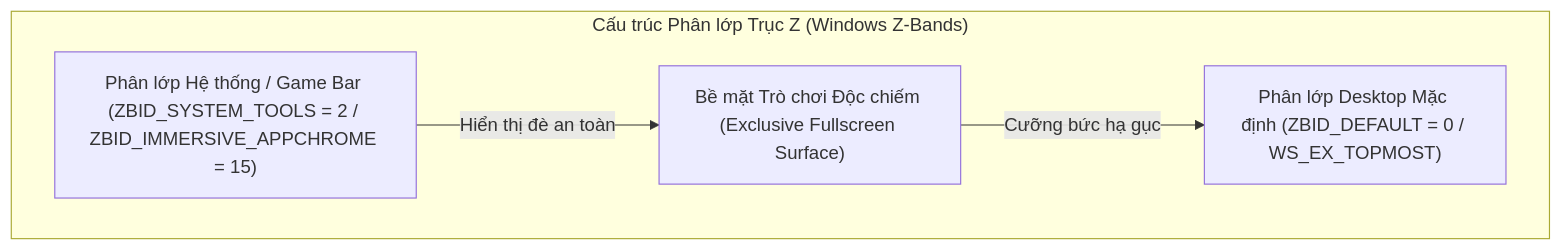
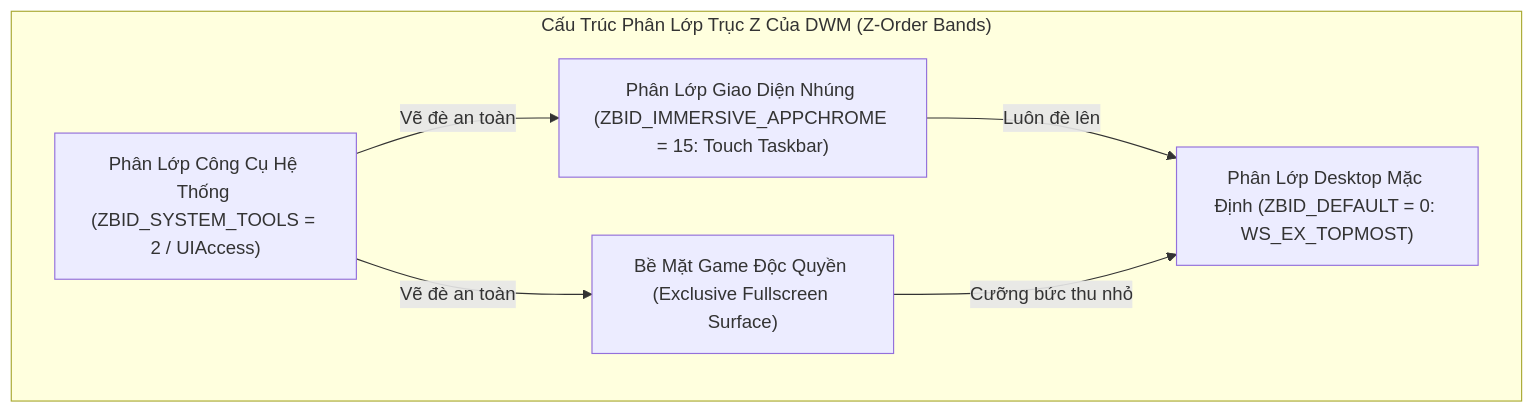
Before and after one commit to minhtaama/windows-handheld-tool: the diagram in note.md, drawn with Mermaid. The commit also changed other lines of this file and 4 other files, not shown here.

````diff
--- a/note.md
+++ b/note.md
@@ -64,11 +97,14 @@
 ```mermaid
 flowchart TD
-    subgraph Z_Band_Hierarchy["Cấu trúc Phân lớp Trục Z (Windows Z-Bands)"]
-        Z_GameBar["Phân lớp Hệ thống / Game Bar (ZBID_SYSTEM_TOOLS = 2 / ZBID_IMMERSIVE_APPCHROME = 15)"]
-        Z_Exclusive["Bề mặt Trò chơi Độc chiếm (Exclusive Fullscreen Surface)"]
-        Z_Default["Phân lớp Desktop Mặc định (ZBID_DEFAULT = 0 / WS_EX_TOPMOST)"]
+    subgraph Z_Bands_Architecture["Cấu Trúc Phân Lớp Trục Z Của DWM (Z-Order Bands)"]
+        Band2["Phân Lớp Công Cụ Hệ Thống (ZBID_SYSTEM_TOOLS = 2 / UIAccess)"]
+        Band15["Phân Lớp Giao Diện Nhúng (ZBID_IMMERSIVE_APPCHROME = 15: Touch Taskbar)"]
+        BandEx["Bề Mặt Game Độc Quyền (Exclusive Fullscreen Surface)"]
+        Band0["Phân Lớp Desktop Mặc Định (ZBID_DEFAULT = 0: WS_EX_TOPMOST)"]
     end
 
-    Z_GameBar -->|Hiển thị đè an toàn| Z_Exclusive
-    Z_Exclusive -->|Cưỡng bức hạ gục| Z_Default
+    Band2 -->|Vẽ đè an toàn| Band15
+    Band2 -->|Vẽ đè an toàn| BandEx
+    Band15 -->|Luôn đè lên| Band0
+    BandEx -->|Cưỡng bức thu nhỏ| Band0
 ```
````
